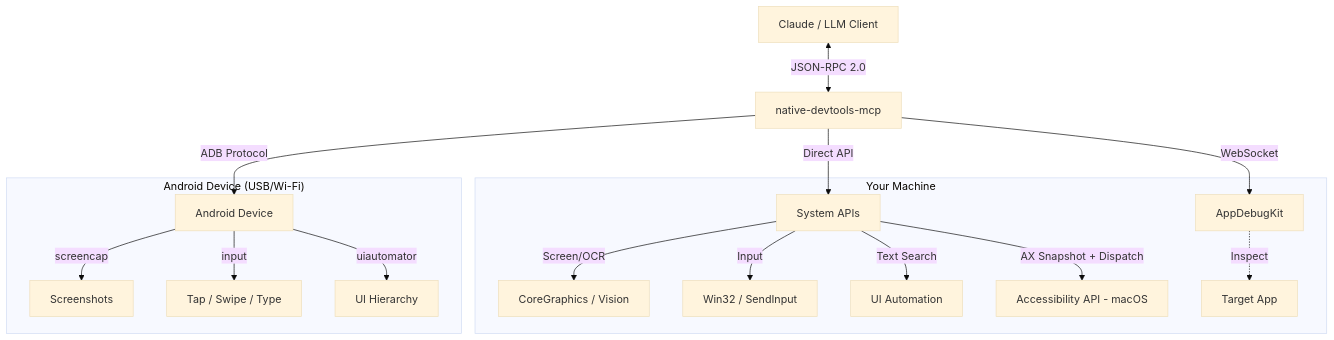
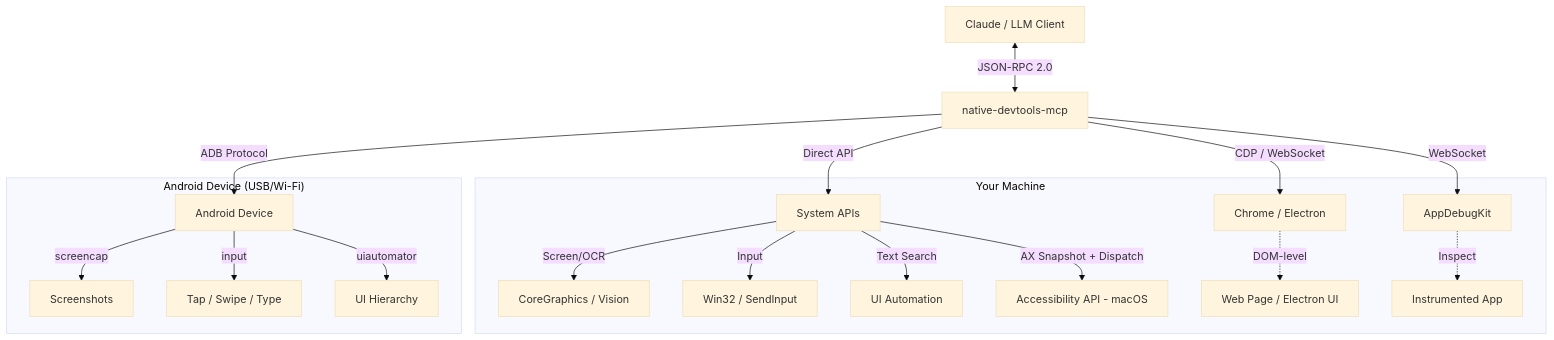
One commit to danielcdcj/native-devtools-mcp changed the diagram in README.md. Above: the diagram before and after it, drawn with Mermaid (base theme). The commit also changed other lines of this file, not shown here.

````diff
--- a/README.md
+++ b/README.md
@@ -375,21 +320,23 @@
 ```mermaid
 graph TD
     Client[Claude / LLM Client] <-->|JSON-RPC 2.0| Server[native-devtools-mcp]
     Server -->|Direct API| Sys[System APIs]
+    Server -->|CDP / WebSocket| Chrome[Chrome / Electron]
     Server -->|WebSocket| Debug[AppDebugKit]
     Server -->|ADB Protocol| Android[Android Device]
 
     subgraph "Your Machine"
         Sys -->|Screen/OCR| macOS[CoreGraphics / Vision]
         Sys -->|Input| Win[Win32 / SendInput]
         Sys -->|Text Search| UIA[UI Automation]
         Sys -->|AX Snapshot + Dispatch| AXapi[Accessibility API - macOS]
-        Debug -.->|Inspect| App[Target App]
+        Chrome -.->|DOM-level| ChromeApp[Web Page / Electron UI]
+        Debug -.->|Inspect| App[Instrumented App]
     end
 
     subgraph "Android Device (USB/Wi-Fi)"
         Android -->|screencap| Screen[Screenshots]
         Android -->|input| Input[Tap / Swipe / Type]
         Android -->|uiautomator| UITree[UI Hierarchy]
     end
 ```
````
